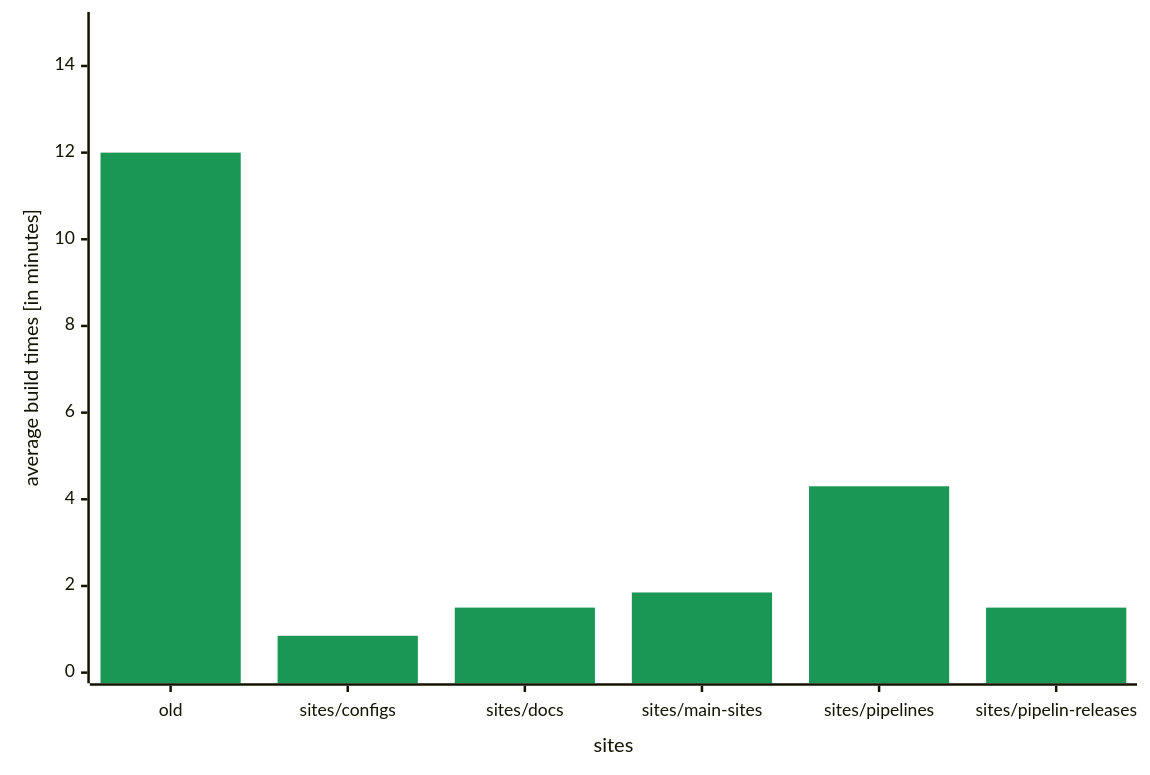
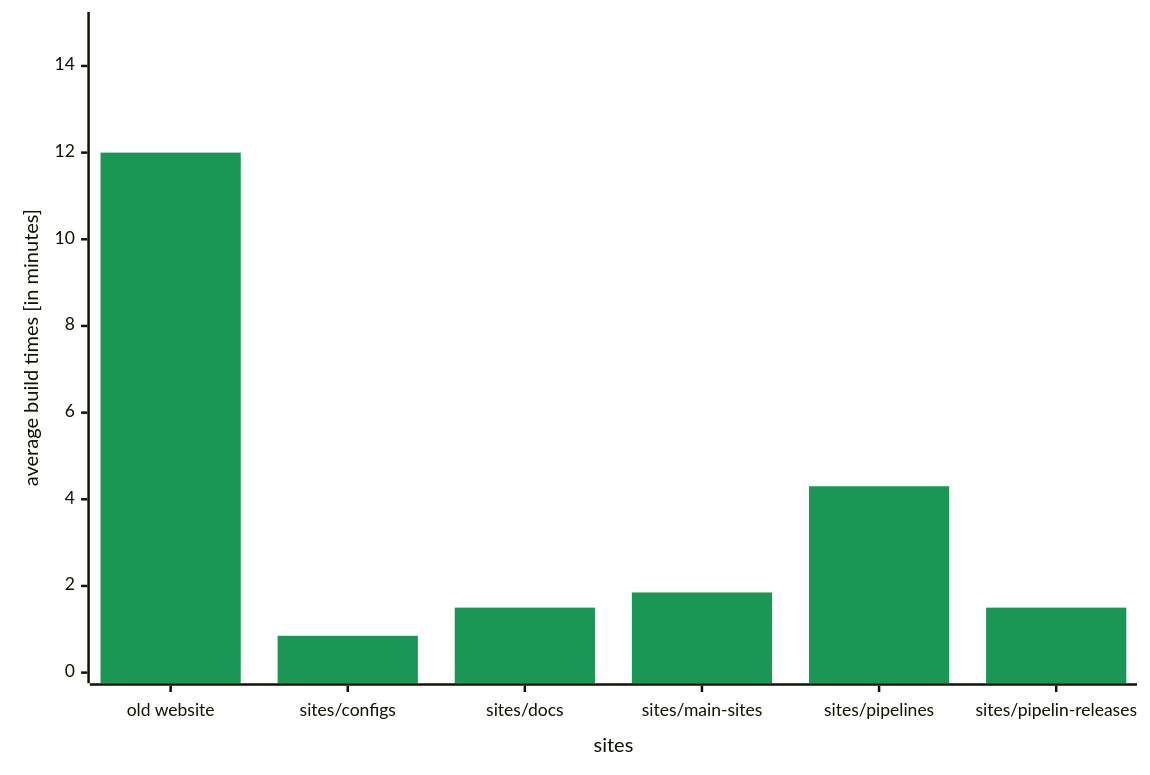
One commit to nf-core/website changed the first of 3 diagrams in sites/main-site/src/content/blog/2024/2024-07-02-new-website-structure.mdx. Above: the diagram before and after it, drawn with Mermaid. The commit also changed other lines of this file, not shown here.

````diff
--- a/sites/main-site/src/content/blog/2024/2024-07-02-new-website-structure.mdx
+++ b/sites/main-site/src/content/blog/2024/2024-07-02-new-website-structure.mdx
@@ -49,15 +63,15 @@
 ```mermaid
 ---
 config:
     xyChart:
         width: 900
         height: 600
     themeVariables:
         xyChart:
             plotColorPalette: '#1a9655'
 ---
 xychart-beta
-    x-axis "sites" ["old", "sites/configs", "sites/docs", "sites/main-sites", "sites/pipelines", "sites/pipelin-releases"]
+    x-axis "sites" ["old website", "sites/configs", "sites/docs", "sites/main-sites", "sites/pipelines", "sites/pipelin-releases"]
     y-axis "average build times [in minutes]" 0 --> 15
     bar [12, 0.85, 1.5, 1.85, 4.3, 1.5]
 ```
````
